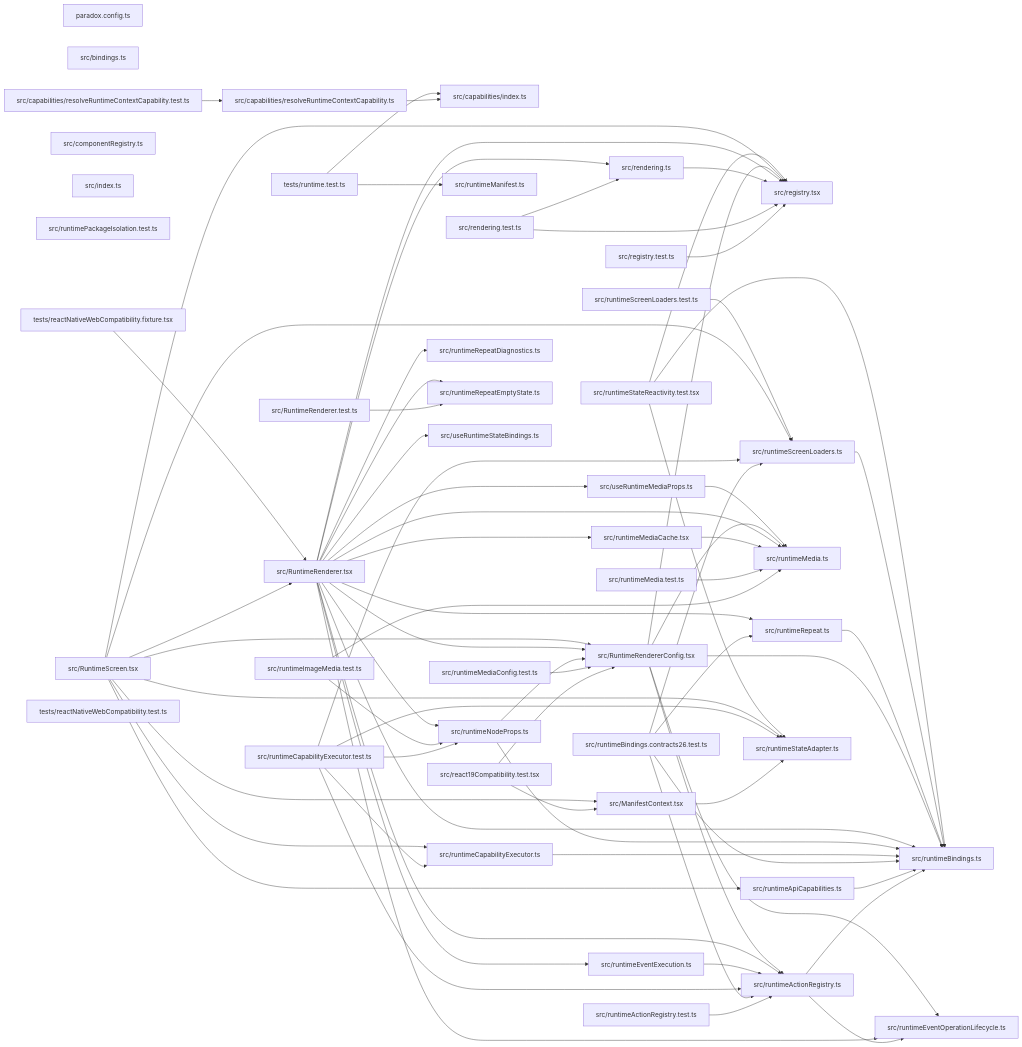
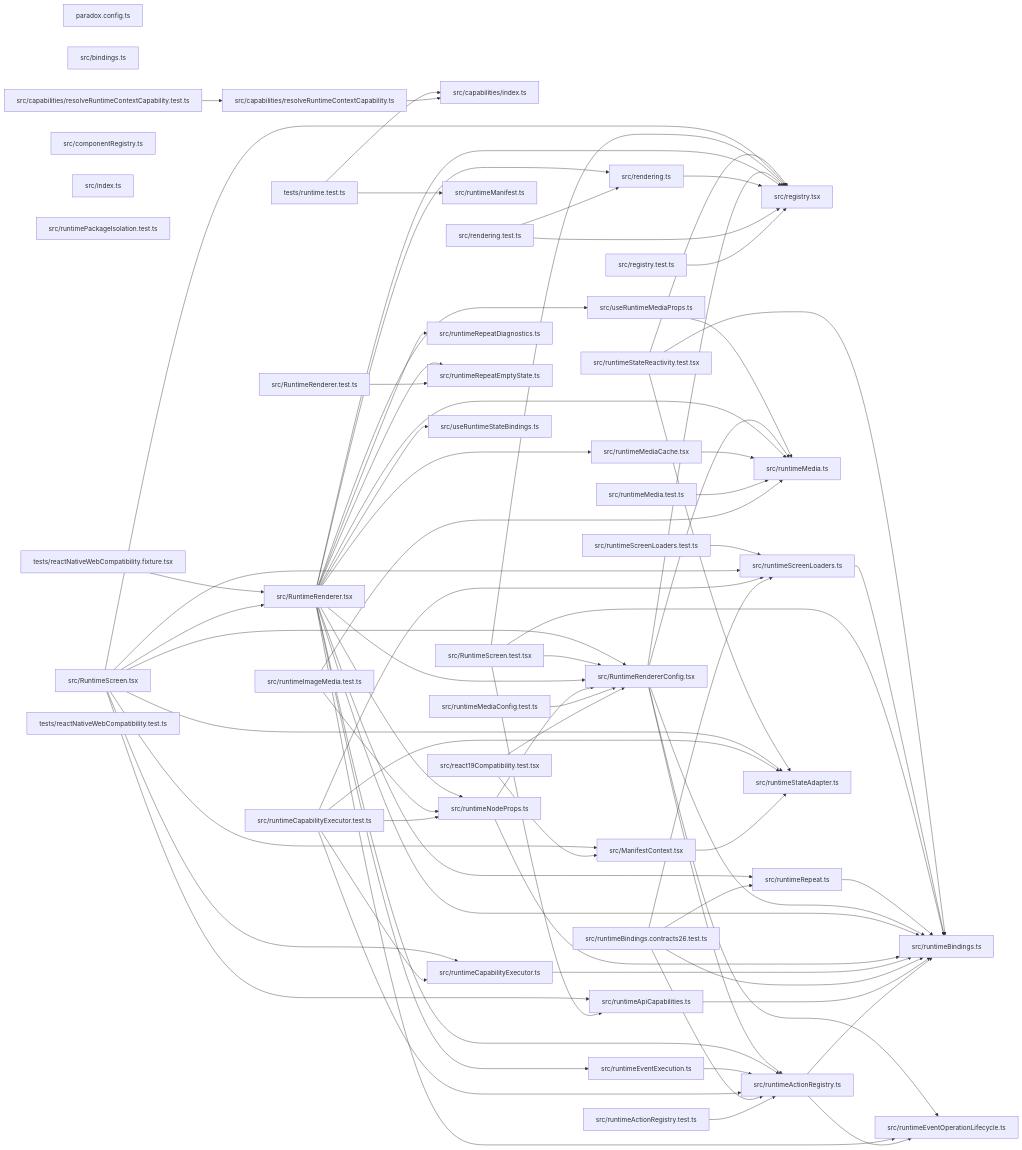
Before and after one commit to ankhorage/runtime: the diagram in paradox/diagrams/module-relationships.mmd, drawn with Mermaid. The commit also changed 12 other files, not shown here.

```diff
--- a/paradox/diagrams/module-relationships.mmd
+++ b/paradox/diagrams/module-relationships.mmd
@@ -1,117 +1,122 @@
 graph LR
   module_paradox_config_ts["paradox.config.ts"]
   module_src_bindings_ts["src/bindings.ts"]
   module_src_capabilities_index_ts["src/capabilities/index.ts"]
   module_src_capabilities_resolveRuntimeContextCapability_test_ts["src/capabilities/resolveRuntimeContextCapability.test.ts"]
   module_src_capabilities_resolveRuntimeContextCapability_ts["src/capabilities/resolveRuntimeContextCapability.ts"]
   module_src_componentRegistry_ts["src/componentRegistry.ts"]
   module_src_index_ts["src/index.ts"]
   module_src_ManifestContext_tsx["src/ManifestContext.tsx"]
   module_src_react19Compatibility_test_tsx["src/react19Compatibility.test.tsx"]
   module_src_registry_test_ts["src/registry.test.ts"]
   module_src_registry_tsx["src/registry.tsx"]
   module_src_rendering_test_ts["src/rendering.test.ts"]
   module_src_rendering_ts["src/rendering.ts"]
   module_src_runtimeActionRegistry_test_ts["src/runtimeActionRegistry.test.ts"]
   module_src_runtimeActionRegistry_ts["src/runtimeActionRegistry.ts"]
   module_src_runtimeApiCapabilities_ts["src/runtimeApiCapabilities.ts"]
   module_src_runtimeBindings_contracts26_test_ts["src/runtimeBindings.contracts26.test.ts"]
   module_src_runtimeBindings_ts["src/runtimeBindings.ts"]
   module_src_runtimeCapabilityExecutor_test_ts["src/runtimeCapabilityExecutor.test.ts"]
   module_src_runtimeCapabilityExecutor_ts["src/runtimeCapabilityExecutor.ts"]
   module_src_runtimeEventExecution_ts["src/runtimeEventExecution.ts"]
   module_src_runtimeEventOperationLifecycle_ts["src/runtimeEventOperationLifecycle.ts"]
   module_src_runtimeImageMedia_test_ts["src/runtimeImageMedia.test.ts"]
   module_src_runtimeManifest_ts["src/runtimeManifest.ts"]
   module_src_runtimeMedia_test_ts["src/runtimeMedia.test.ts"]
   module_src_runtimeMedia_ts["src/runtimeMedia.ts"]
   module_src_runtimeMediaCache_tsx["src/runtimeMediaCache.tsx"]
   module_src_runtimeMediaConfig_test_ts["src/runtimeMediaConfig.test.ts"]
   module_src_runtimeNodeProps_ts["src/runtimeNodeProps.ts"]
   module_src_runtimePackageIsolation_test_ts["src/runtimePackageIsolation.test.ts"]
   module_src_RuntimeRenderer_test_ts["src/RuntimeRenderer.test.ts"]
   module_src_RuntimeRenderer_tsx["src/RuntimeRenderer.tsx"]
   module_src_RuntimeRendererConfig_tsx["src/RuntimeRendererConfig.tsx"]
   module_src_runtimeRepeat_ts["src/runtimeRepeat.ts"]
   module_src_runtimeRepeatDiagnostics_ts["src/runtimeRepeatDiagnostics.ts"]
   module_src_runtimeRepeatEmptyState_ts["src/runtimeRepeatEmptyState.ts"]
+  module_src_RuntimeScreen_test_tsx["src/RuntimeScreen.test.tsx"]
   module_src_RuntimeScreen_tsx["src/RuntimeScreen.tsx"]
   module_src_runtimeScreenLoaders_test_ts["src/runtimeScreenLoaders.test.ts"]
   module_src_runtimeScreenLoaders_ts["src/runtimeScreenLoaders.ts"]
   module_src_runtimeStateAdapter_ts["src/runtimeStateAdapter.ts"]
   module_src_runtimeStateReactivity_test_tsx["src/runtimeStateReactivity.test.tsx"]
   module_src_useRuntimeMediaProps_ts["src/useRuntimeMediaProps.ts"]
   module_src_useRuntimeStateBindings_ts["src/useRuntimeStateBindings.ts"]
   module_tests_reactNativeWebCompatibility_fixture_tsx["tests/reactNativeWebCompatibility.fixture.tsx"]
   module_tests_reactNativeWebCompatibility_test_ts["tests/reactNativeWebCompatibility.test.ts"]
   module_tests_runtime_test_ts["tests/runtime.test.ts"]
   module_src_capabilities_resolveRuntimeContextCapability_test_ts --> module_src_capabilities_resolveRuntimeContextCapability_ts
   module_src_capabilities_resolveRuntimeContextCapability_ts --> module_src_capabilities_index_ts
   module_src_ManifestContext_tsx --> module_src_runtimeStateAdapter_ts
   module_src_react19Compatibility_test_tsx --> module_src_ManifestContext_tsx
   module_src_react19Compatibility_test_tsx --> module_src_RuntimeRendererConfig_tsx
   module_src_registry_test_ts --> module_src_registry_tsx
   module_src_rendering_test_ts --> module_src_registry_tsx
   module_src_rendering_test_ts --> module_src_rendering_ts
   module_src_rendering_ts --> module_src_registry_tsx
   module_src_runtimeActionRegistry_test_ts --> module_src_runtimeActionRegistry_ts
   module_src_runtimeActionRegistry_ts --> module_src_runtimeBindings_ts
   module_src_runtimeActionRegistry_ts --> module_src_runtimeEventOperationLifecycle_ts
   module_src_runtimeApiCapabilities_ts --> module_src_runtimeBindings_ts
   module_src_runtimeBindings_contracts26_test_ts --> module_src_runtimeActionRegistry_ts
   module_src_runtimeBindings_contracts26_test_ts --> module_src_runtimeBindings_ts
   module_src_runtimeBindings_contracts26_test_ts --> module_src_runtimeRepeat_ts
   module_src_runtimeBindings_contracts26_test_ts --> module_src_runtimeScreenLoaders_ts
   module_src_runtimeCapabilityExecutor_test_ts --> module_src_runtimeActionRegistry_ts
   module_src_runtimeCapabilityExecutor_test_ts --> module_src_runtimeCapabilityExecutor_ts
   module_src_runtimeCapabilityExecutor_test_ts --> module_src_runtimeNodeProps_ts
   module_src_runtimeCapabilityExecutor_test_ts --> module_src_runtimeScreenLoaders_ts
   module_src_runtimeCapabilityExecutor_test_ts --> module_src_runtimeStateAdapter_ts
   module_src_runtimeCapabilityExecutor_ts --> module_src_runtimeBindings_ts
   module_src_runtimeEventExecution_ts --> module_src_runtimeActionRegistry_ts
   module_src_runtimeImageMedia_test_ts --> module_src_runtimeMedia_ts
   module_src_runtimeImageMedia_test_ts --> module_src_runtimeNodeProps_ts
   module_src_runtimeMedia_test_ts --> module_src_runtimeMedia_ts
   module_src_runtimeMediaCache_tsx --> module_src_runtimeMedia_ts
   module_src_runtimeMediaConfig_test_ts --> module_src_RuntimeRendererConfig_tsx
   module_src_runtimeNodeProps_ts --> module_src_runtimeBindings_ts
   module_src_runtimeNodeProps_ts --> module_src_RuntimeRendererConfig_tsx
   module_src_RuntimeRenderer_test_ts --> module_src_runtimeRepeatEmptyState_ts
   module_src_RuntimeRenderer_tsx --> module_src_registry_tsx
   module_src_RuntimeRenderer_tsx --> module_src_rendering_ts
   module_src_RuntimeRenderer_tsx --> module_src_runtimeActionRegistry_ts
   module_src_RuntimeRenderer_tsx --> module_src_runtimeBindings_ts
   module_src_RuntimeRenderer_tsx --> module_src_runtimeEventExecution_ts
   module_src_RuntimeRenderer_tsx --> module_src_runtimeEventOperationLifecycle_ts
   module_src_RuntimeRenderer_tsx --> module_src_runtimeMedia_ts
   module_src_RuntimeRenderer_tsx --> module_src_runtimeMediaCache_tsx
   module_src_RuntimeRenderer_tsx --> module_src_runtimeNodeProps_ts
   module_src_RuntimeRenderer_tsx --> module_src_RuntimeRendererConfig_tsx
   module_src_RuntimeRenderer_tsx --> module_src_runtimeRepeat_ts
   module_src_RuntimeRenderer_tsx --> module_src_runtimeRepeatDiagnostics_ts
   module_src_RuntimeRenderer_tsx --> module_src_runtimeRepeatEmptyState_ts
   module_src_RuntimeRenderer_tsx --> module_src_useRuntimeMediaProps_ts
   module_src_RuntimeRenderer_tsx --> module_src_useRuntimeStateBindings_ts
   module_src_RuntimeRendererConfig_tsx --> module_src_registry_tsx
   module_src_RuntimeRendererConfig_tsx --> module_src_runtimeActionRegistry_ts
   module_src_RuntimeRendererConfig_tsx --> module_src_runtimeBindings_ts
   module_src_RuntimeRendererConfig_tsx --> module_src_runtimeEventOperationLifecycle_ts
   module_src_RuntimeRendererConfig_tsx --> module_src_runtimeMedia_ts
   module_src_runtimeRepeat_ts --> module_src_runtimeBindings_ts
+  module_src_RuntimeScreen_test_tsx --> module_src_registry_tsx
+  module_src_RuntimeScreen_test_tsx --> module_src_runtimeApiCapabilities_ts
+  module_src_RuntimeScreen_test_tsx --> module_src_runtimeBindings_ts
+  module_src_RuntimeScreen_test_tsx --> module_src_RuntimeRendererConfig_tsx
   module_src_RuntimeScreen_tsx --> module_src_ManifestContext_tsx
   module_src_RuntimeScreen_tsx --> module_src_registry_tsx
   module_src_RuntimeScreen_tsx --> module_src_runtimeApiCapabilities_ts
   module_src_RuntimeScreen_tsx --> module_src_runtimeCapabilityExecutor_ts
   module_src_RuntimeScreen_tsx --> module_src_RuntimeRenderer_tsx
   module_src_RuntimeScreen_tsx --> module_src_RuntimeRendererConfig_tsx
   module_src_RuntimeScreen_tsx --> module_src_runtimeScreenLoaders_ts
   module_src_RuntimeScreen_tsx --> module_src_runtimeStateAdapter_ts
   module_src_runtimeScreenLoaders_test_ts --> module_src_runtimeScreenLoaders_ts
   module_src_runtimeScreenLoaders_ts --> module_src_runtimeBindings_ts
   module_src_runtimeStateReactivity_test_tsx --> module_src_registry_tsx
   module_src_runtimeStateReactivity_test_tsx --> module_src_runtimeBindings_ts
   module_src_runtimeStateReactivity_test_tsx --> module_src_runtimeStateAdapter_ts
   module_src_useRuntimeMediaProps_ts --> module_src_runtimeMedia_ts
   module_tests_reactNativeWebCompatibility_fixture_tsx --> module_src_RuntimeRenderer_tsx
   module_tests_runtime_test_ts --> module_src_capabilities_index_ts
   module_tests_runtime_test_ts --> module_src_runtimeManifest_ts
```
